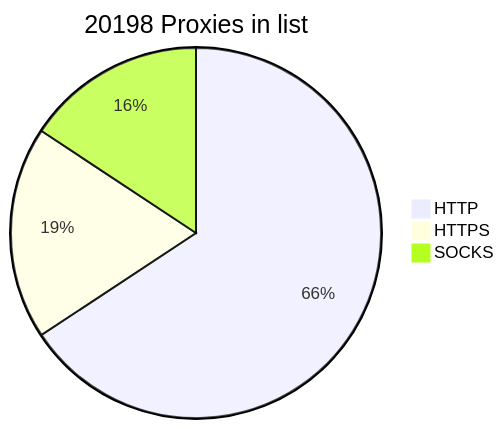
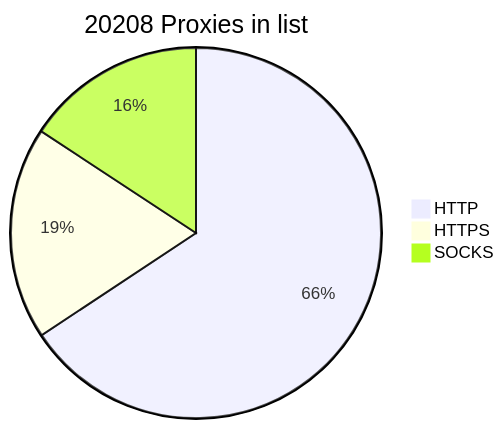
One commit to BlackSnowDot/proxylist-update-every-minute changed the diagram in README.md. Above: the diagram before and after it, drawn with Mermaid.

````diff
--- a/README.md
+++ b/README.md
@@ -2,6 +2,6 @@
 ```mermaid
-pie title 20198 Proxies in list
+pie title 20208 Proxies in list
     "HTTP" : 14740
     "HTTPS": 4166
-    "SOCKS" : 3523
+    "SOCKS" : 3533
 ```
````
